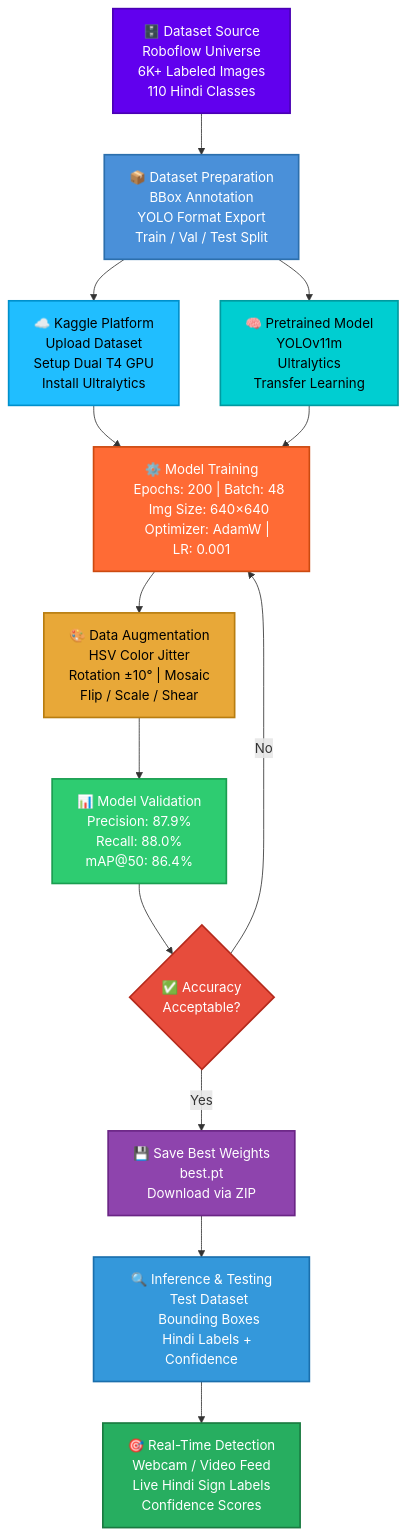
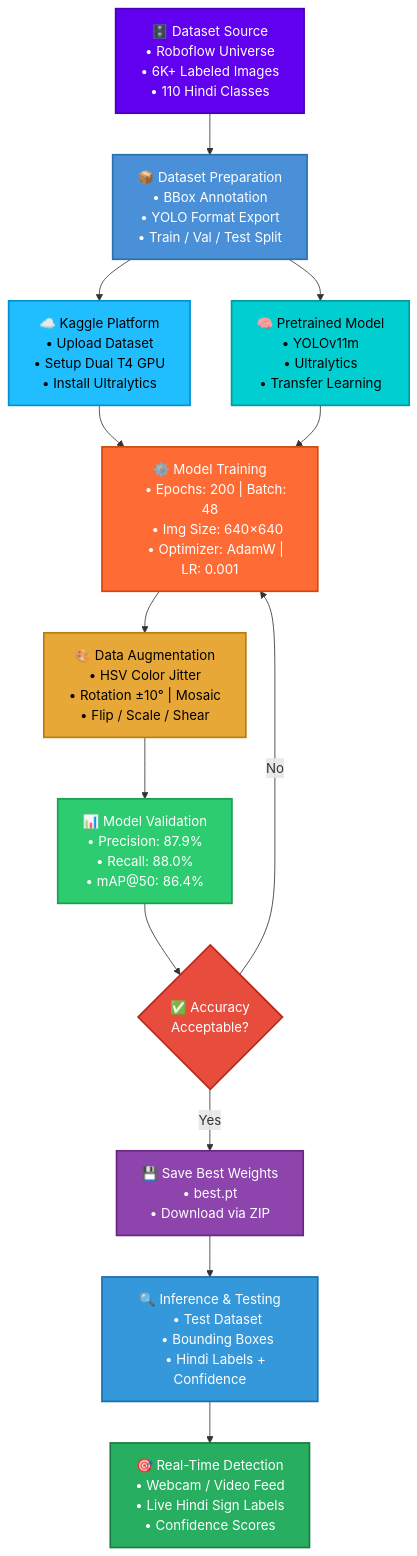
Before and after one commit to AdityaKr015/Indian-Sign-Language-Detection: the diagram in README.md, drawn with Mermaid. The commit also changed other lines of this file, not shown here.

````diff
--- a/README.md
+++ b/README.md
@@ -99,79 +101,79 @@
 ```mermaid
 flowchart TD
     A["🗄️ Dataset Source
-    Roboflow Universe
-    6K+ Labeled Images
-    110 Hindi Classes"]
+    • Roboflow Universe
+    • 6K+ Labeled Images
+    • 110 Hindi Classes"]
 
     B["📦 Dataset Preparation
-    BBox Annotation
-    YOLO Format Export
-    Train / Val / Test Split"]
+    • BBox Annotation
+    • YOLO Format Export
+    • Train / Val / Test Split"]
 
     C["☁️ Kaggle Platform
-    Upload Dataset
-    Setup Dual T4 GPU
-    Install Ultralytics"]
+    • Upload Dataset
+    • Setup Dual T4 GPU
+    • Install Ultralytics"]
 
     D["🧠 Pretrained Model
-    YOLOv11m
-    Ultralytics
-    Transfer Learning"]
+    • YOLOv11m
+    • Ultralytics
+    • Transfer Learning"]
 
     E["⚙️ Model Training
-    Epochs: 200 | Batch: 48
-    Img Size: 640×640
-    Optimizer: AdamW | LR: 0.001"]
+    • Epochs: 200 | Batch: 48
+    • Img Size: 640×640
+    • Optimizer: AdamW | LR: 0.001"]
 
     F["🎨 Data Augmentation
-    HSV Color Jitter
-    Rotation ±10° | Mosaic
-    Flip / Scale / Shear"]
+    • HSV Color Jitter
+    • Rotation ±10° | Mosaic
+    • Flip / Scale / Shear"]
 
     G["📊 Model Validation
-    Precision: 87.9%
-    Recall: 88.0%
-    mAP@50: 86.4%"]
+    • Precision: 87.9%
+    • Recall: 88.0%
+    • mAP@50: 86.4%"]
 
     H{"✅ Accuracy
     Acceptable?"}
 
     I["💾 Save Best Weights
-    best.pt
-    Download via ZIP"]
+    • best.pt
+    • Download via ZIP"]
 
     J["🔍 Inference & Testing
-    Test Dataset
-    Bounding Boxes
-    Hindi Labels + Confidence"]
+    • Test Dataset
+    • Bounding Boxes
+    • Hindi Labels + Confidence"]
 
     K["🎯 Real-Time Detection
-    Webcam / Video Feed
-    Live Hindi Sign Labels
-    Confidence Scores"]
+    • Webcam / Video Feed
+    • Live Hindi Sign Labels
+    • Confidence Scores"]
 
     A --> B
     B --> C
     B --> D
     C --> E
     D --> E
     E --> F
     F --> G
     G --> H
     H -- No --> E
     H -- Yes --> I
     I --> J
     J --> K
 
     style A fill:#6100ee,color:#fff,stroke:#4a00b4,stroke-width:2px
     style B fill:#4A90D9,color:#fff,stroke:#2c6fad,stroke-width:2px
     style C fill:#20BEFF,color:#000,stroke:#0090cc,stroke-width:2px
     style D fill:#00CED1,color:#000,stroke:#009aa0,stroke-width:2px
     style E fill:#FF6B35,color:#fff,stroke:#cc4a10,stroke-width:2px
     style F fill:#E8A838,color:#000,stroke:#b87d10,stroke-width:2px
     style G fill:#2ECC71,color:#fff,stroke:#1a9e50,stroke-width:2px
     style H fill:#E74C3C,color:#fff,stroke:#b52a1c,stroke-width:2px
     style I fill:#8E44AD,color:#fff,stroke:#6a2585,stroke-width:2px
     style J fill:#3498DB,color:#fff,stroke:#1a6fad,stroke-width:2px
     style K fill:#27AE60,color:#fff,stroke:#1a7a40,stroke-width:2px
 ```
````
